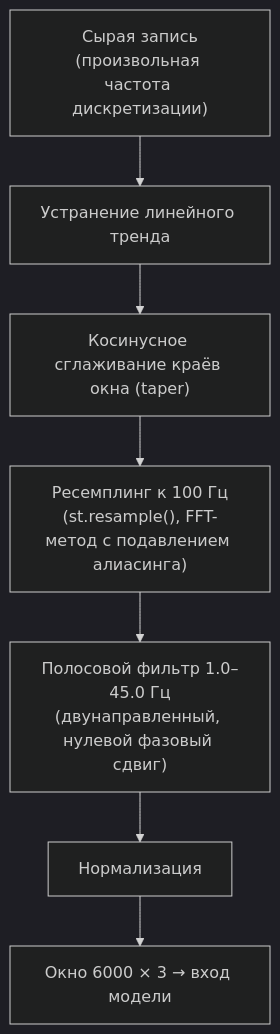
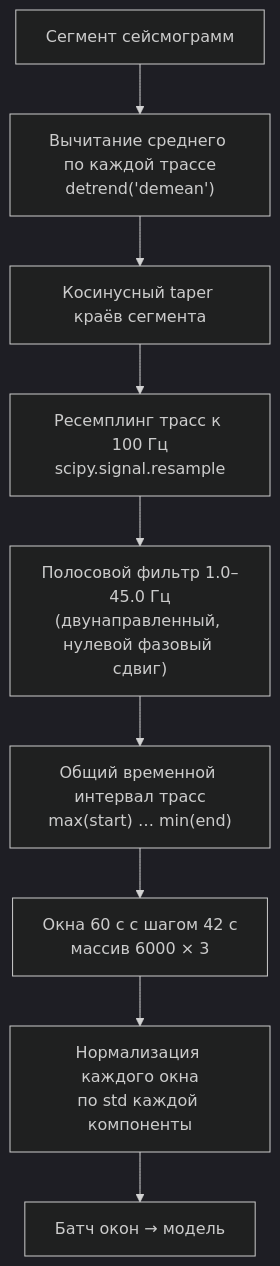
One commit to ruhose73/FastEQT changed the third of 11 diagrams in docs/doc-technical.md. Above: the diagram before and after it, drawn with Mermaid (dark theme). The commit also changed other lines of this file, not shown here.

````diff
--- a/docs/doc-technical.md
+++ b/docs/doc-technical.md
@@ -154,9 +245,11 @@
 ```mermaid
 flowchart TD
-    R0["Сырая запись<br/>(произвольная частота дискретизации)"] --> R1["Устранение линейного тренда"]
-    R1 --> R2["Косинусное сглаживание краёв окна (taper)"]
-    R2 --> R3["Ресемплинг к 100 Гц<br/>(st.resample(), FFT-метод с подавлением алиасинга)"]
+    R0["Сегмент сейсмограмм"] --> R1["Вычитание среднего по каждой трассе<br/>detrend('demean')"]
+    R1 --> R2["Косинусный taper краёв сегмента"]
+    R2 --> R3["Ресемплинг трасс к 100 Гц<br/>scipy.signal.resample"]
     R3 --> R4["Полосовой фильтр 1.0–45.0 Гц<br/>(двунаправленный, нулевой фазовый сдвиг)"]
-    R4 --> R5["Нормализация"]
-    R5 --> R6["Окно 6000 × 3 → вход модели"]
+    R4 --> R5["Общий временной интервал трасс<br/>max(start) … min(end)"]
+    R5 --> R6["Окна 60 с с шагом 42 с<br/>массив 6000 × 3"]
+    R6 --> R7["Нормализация каждого окна<br/>по std каждой компоненты"]
+    R7 --> R8["Батч окон → модель"]
 ```
````
